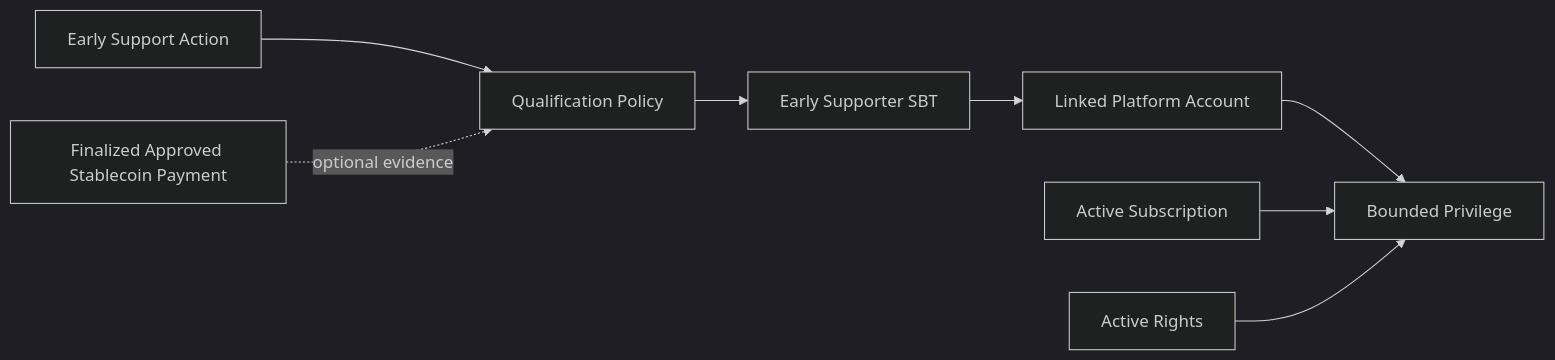
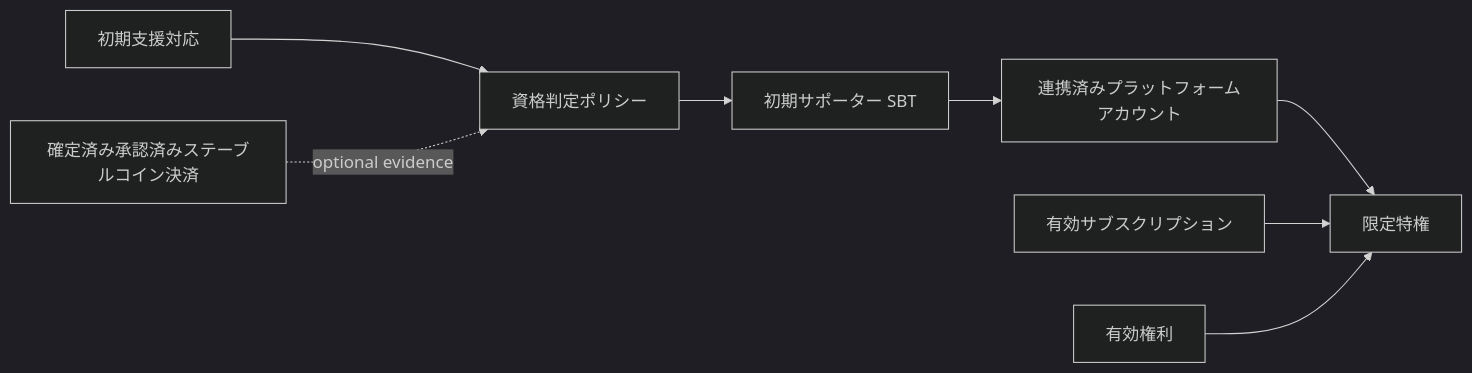
Before and after one commit to ShigeichiroYamasaki/creator-first-platform: diagram 11 of 35 in docs/whitepaper/08-discovery-community.md, drawn with Mermaid (dark theme). The commit also changed other lines of this file and 72 other files, not shown here.

````diff
--- a/docs/whitepaper/08-discovery-community.md
+++ b/docs/whitepaper/08-discovery-community.md
@@ -409,16 +409,16 @@
 ```mermaid
 flowchart LR
-    ACTION[Early Support Action]
-    POLICY[Qualification Policy]
-    SBT[Early Supporter SBT]
-    ACCOUNT[Linked Platform Account]
-    SUB[Active Subscription]
-    RIGHTS[Active Rights]
-    PRIV[Bounded Privilege]
+    ACTION[初期支援対応]
+    POLICY[資格判定ポリシー]
+    SBT[初期サポーター SBT]
+    ACCOUNT[連携済みプラットフォームアカウント]
+    SUB[有効サブスクリプション]
+    RIGHTS[有効権利]
+    PRIV[限定特権]
 
     ACTION --> POLICY --> SBT --> ACCOUNT
-    PAYMENT[Finalized Approved Stablecoin Payment] -. optional evidence .-> POLICY
+    PAYMENT[確定済み承認済みステーブルコイン決済] -. optional evidence .-> POLICY
     ACCOUNT --> PRIV
     SUB --> PRIV
     RIGHTS --> PRIV
 ```
````
